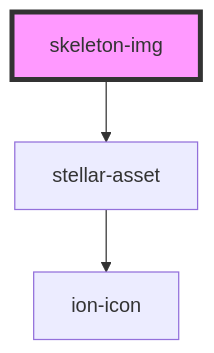
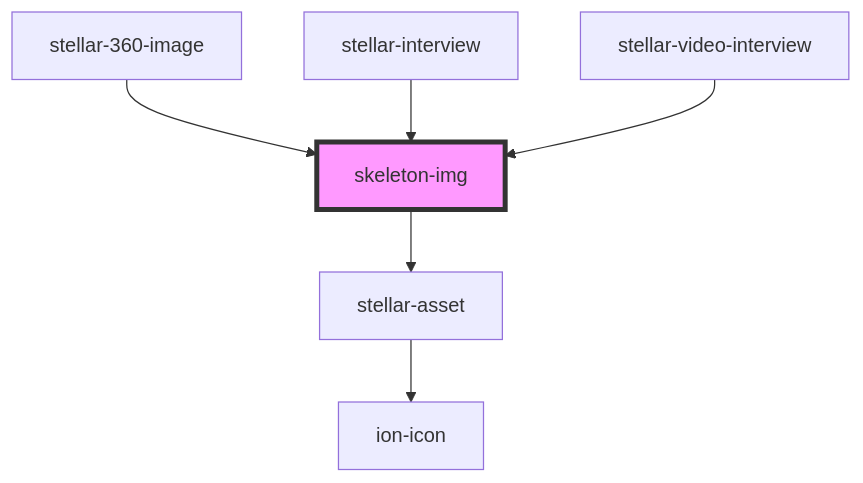
Before and after one commit to splitinfinities/Stellar: the diagram in src/components/media/skeleton-img/readme.md, drawn with Mermaid. The commit also changed other lines of this file and 26 other files, not shown here.

````diff
--- a/src/components/media/skeleton-img/readme.md
+++ b/src/components/media/skeleton-img/readme.md
@@ -57,6 +64,9 @@
 ```mermaid
 graph TD;
   skeleton-img --> stellar-asset
   stellar-asset --> ion-icon
+  stellar-360-image --> skeleton-img
+  stellar-interview --> skeleton-img
+  stellar-video-interview --> skeleton-img
   style skeleton-img fill:#f9f,stroke:#333,stroke-width:4px
 ```
````
